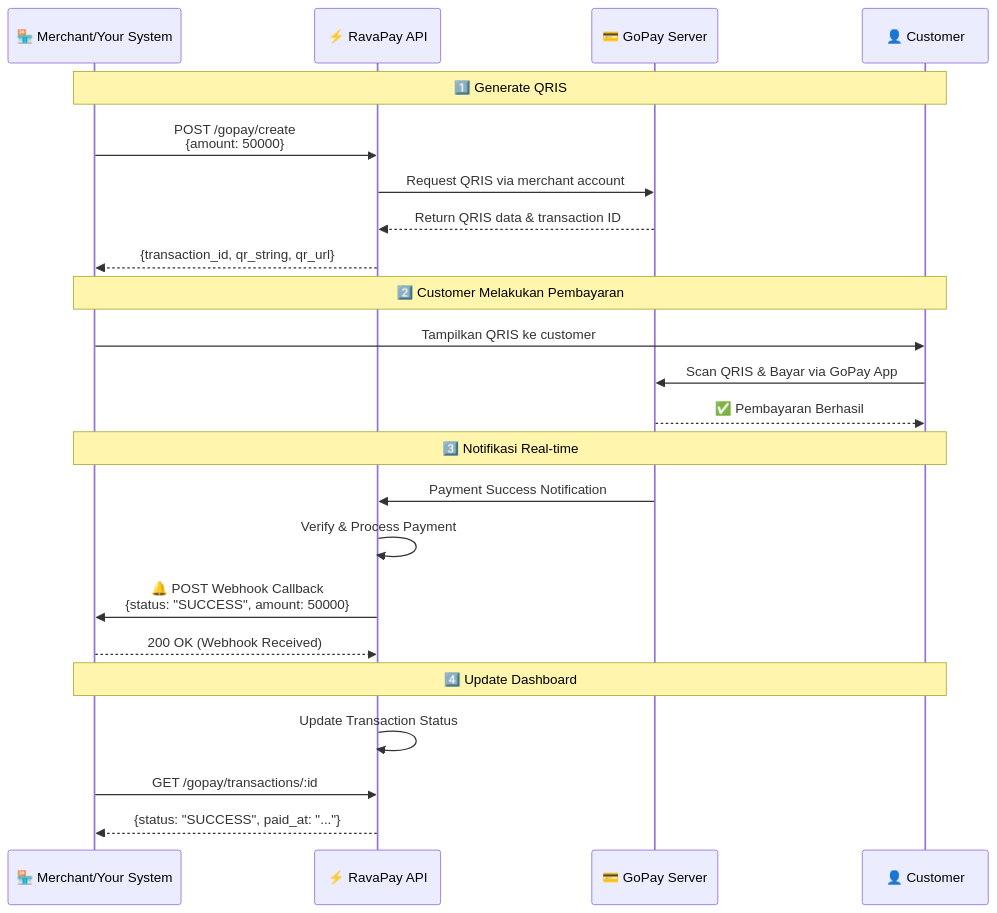
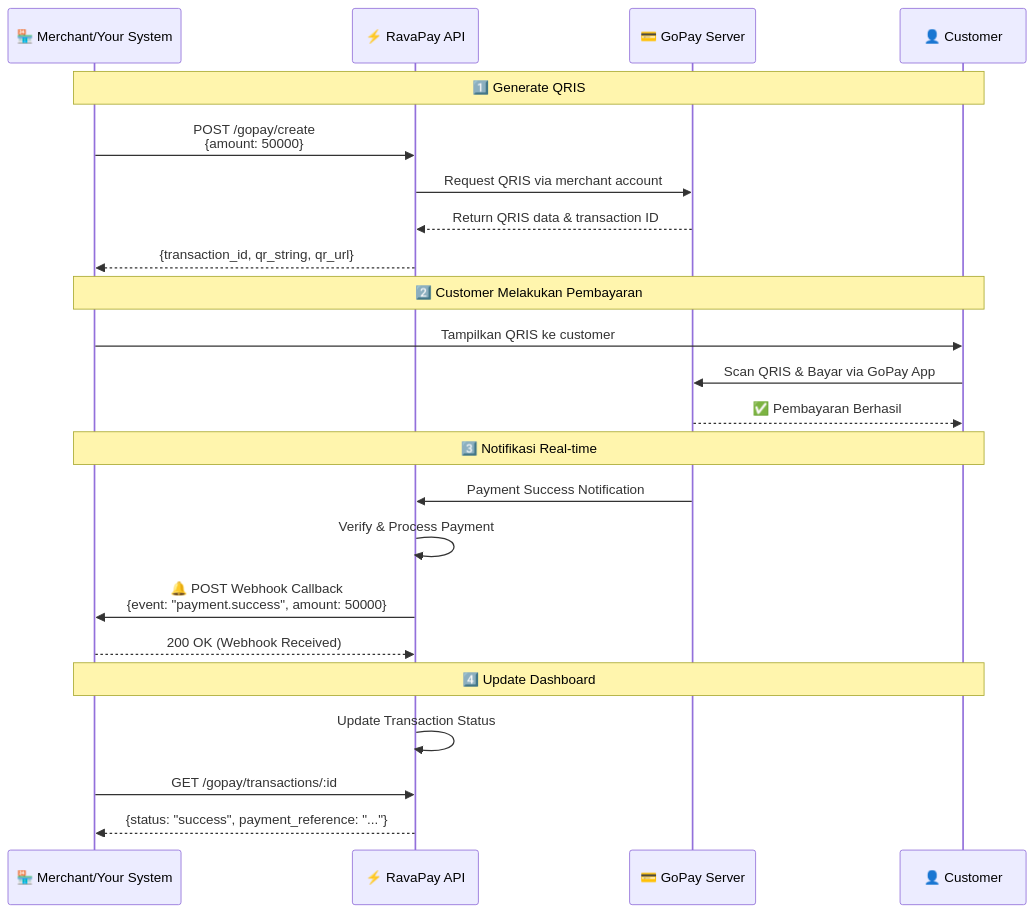
The first of 2 diagrams in README.md (ravatz/RavaPay), drawn with Mermaid before and after one commit. The commit also changed other lines of this file, not shown here.

````diff
--- a/README.md
+++ b/README.md
@@ -56,29 +56,29 @@
 ```mermaid
 sequenceDiagram
     participant Merchant as 🏪 Merchant/Your System
     participant RavaPay as ⚡ RavaPay API
     participant GoPay as 💳 GoPay Server
     participant Customer as 👤 Customer
 
     Note over Merchant,Customer: 1️⃣ Generate QRIS
     Merchant->>RavaPay: POST /gopay/create<br/>{amount: 50000}
     RavaPay->>GoPay: Request QRIS via merchant account
     GoPay-->>RavaPay: Return QRIS data & transaction ID
     RavaPay-->>Merchant: {transaction_id, qr_string, qr_url}
 
     Note over Merchant,Customer: 2️⃣ Customer Melakukan Pembayaran
     Merchant->>Customer: Tampilkan QRIS ke customer
     Customer->>GoPay: Scan QRIS & Bayar via GoPay App
     GoPay-->>Customer: ✅ Pembayaran Berhasil
 
     Note over Merchant,Customer: 3️⃣ Notifikasi Real-time
     GoPay->>RavaPay: Payment Success Notification
     RavaPay->>RavaPay: Verify & Process Payment
-    RavaPay->>Merchant: 🔔 POST Webhook Callback<br/>{status: "SUCCESS", amount: 50000}
+    RavaPay->>Merchant: 🔔 POST Webhook Callback<br/>{event: "payment.success", amount: 50000}
     Merchant-->>RavaPay: 200 OK (Webhook Received)
 
     Note over Merchant,Customer: 4️⃣ Update Dashboard
     RavaPay->>RavaPay: Update Transaction Status
     Merchant->>RavaPay: GET /gopay/transactions/:id
-    RavaPay-->>Merchant: {status: "SUCCESS", paid_at: "..."}
+    RavaPay-->>Merchant: {status: "success", payment_reference: "..."}
 ```
````
